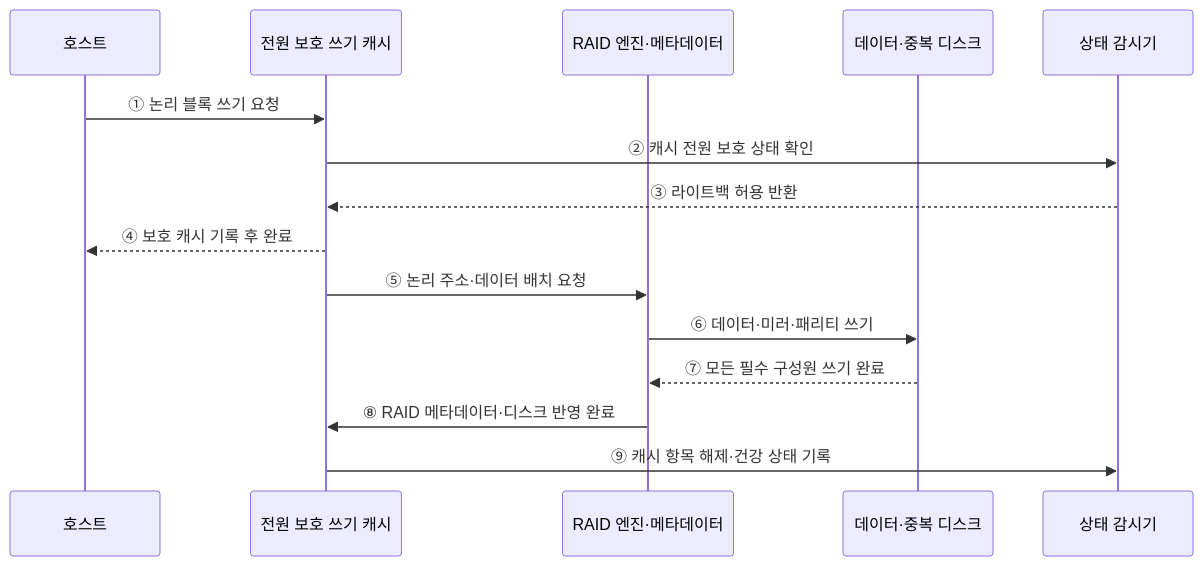
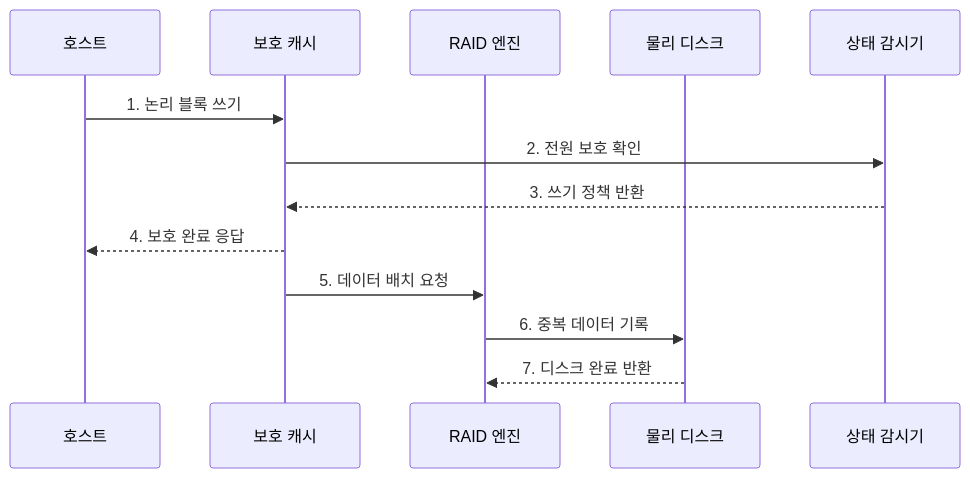
One commit to agnusdei1207/knowledge-base changed the second of 2 diagrams in src/content/docs/notes/02-hardware/092_raid_controller_jbod.md. Above: the diagram before and after it, drawn with Mermaid. The commit also changed other lines of this file and 20 other files, not shown here.

````diff
--- a/src/content/docs/notes/02-hardware/092_raid_controller_jbod.md
+++ b/src/content/docs/notes/02-hardware/092_raid_controller_jbod.md
@@ -93,18 +91,15 @@
 ```mermaid
 sequenceDiagram
     participant H as 호스트
-    participant C as 전원 보호 쓰기 캐시
-    participant E as RAID 엔진·메타데이터
-    participant D as 데이터·중복 디스크
+    participant C as 보호 캐시
+    participant E as RAID 엔진
+    participant D as 물리 디스크
     participant M as 상태 감시기
-
-    H->>C: ① 논리 블록 쓰기 요청
-    C->>M: ② 캐시 전원 보호 상태 확인
-    M-->>C: ③ 라이트백 허용 반환
-    C-->>H: ④ 보호 캐시 기록 후 완료
-    C->>E: ⑤ 논리 주소·데이터 배치 요청
-    E->>D: ⑥ 데이터·미러·패리티 쓰기
-    D-->>E: ⑦ 모든 필수 구성원 쓰기 완료
-    E->>C: ⑧ RAID 메타데이터·디스크 반영 완료
-    C->>M: ⑨ 캐시 항목 해제·건강 상태 기록
+    H->>C: 1. 논리 블록 쓰기
+    C->>M: 2. 전원 보호 확인
+    M-->>C: 3. 쓰기 정책 반환
+    C-->>H: 4. 보호 완료 응답
+    C->>E: 5. 데이터 배치 요청
+    E->>D: 6. 중복 데이터 기록
+    D-->>E: 7. 디스크 완료 반환
 ```
````
